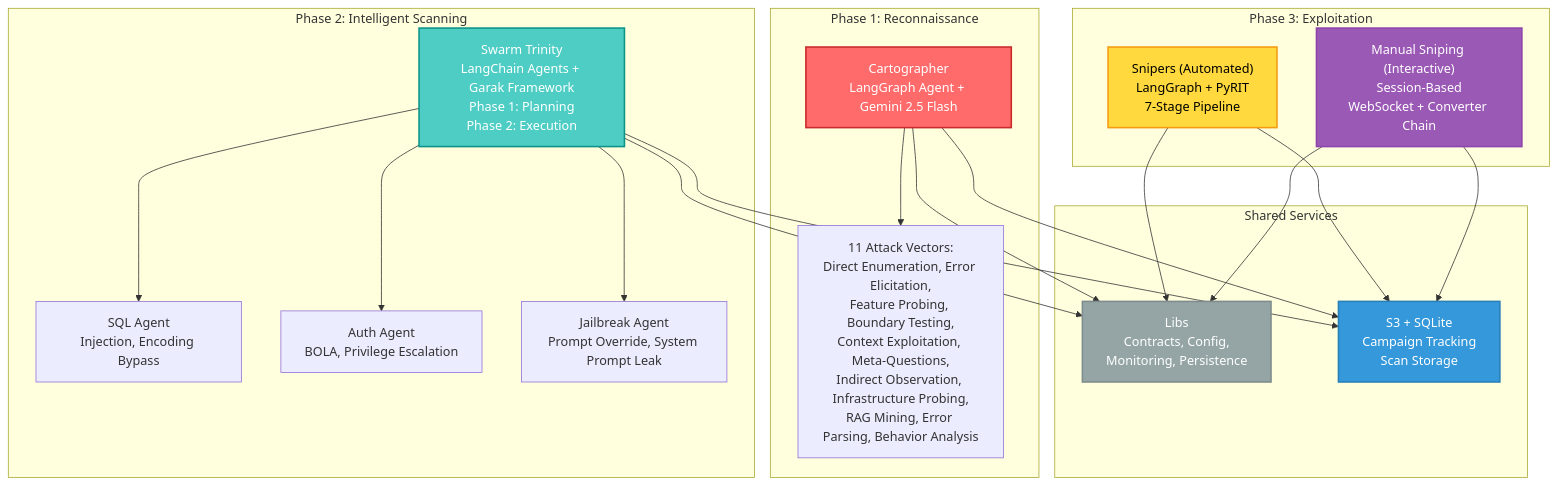
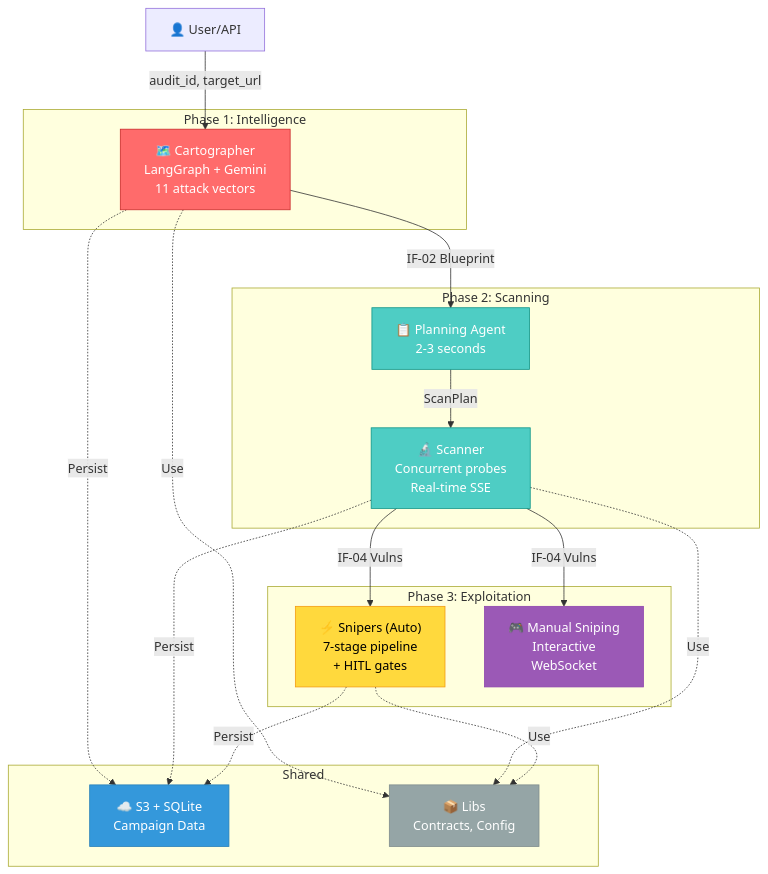
Before and after one commit to h19overflow/ASPEXA_AUTOMA: the first of 4 diagrams in README.md, drawn with Mermaid. The commit also changed other lines of this file and 30 other files, not shown here.

First line of the commit message:
Refactor Manual Sniping Service: Remove Execution and Insights Layers

````diff
--- a/README.md
+++ b/README.md
@@ -21,44 +19,45 @@
 ```mermaid
 graph TB
-    subgraph "Phase 1: Reconnaissance"
-        A["Cartographer<br/>LangGraph Agent + Gemini 2.5 Flash"]
-        A1["11 Attack Vectors:<br/>Direct Enumeration, Error Elicitation,<br/>Feature Probing, Boundary Testing,<br/>Context Exploitation, Meta-Questions,<br/>Indirect Observation, Infrastructure Probing,<br/>RAG Mining, Error Parsing, Behavior Analysis"]
-        A --> A1
+    User["👤 User/API"]
+
+    subgraph "Phase 1: Intelligence"
+        Cart["🗺️ Cartographer<br/>LangGraph + Gemini<br/>11 attack vectors"]
     end
 
-    subgraph "Phase 2: Intelligent Scanning"
-        B["Swarm Trinity<br/>LangChain Agents + Garak Framework<br/>Phase 1: Planning<br/>Phase 2: Execution"]
-        B1["SQL Agent<br/>Injection, Encoding Bypass"]
-        B2["Auth Agent<br/>BOLA, Privilege Escalation"]
-        B3["Jailbreak Agent<br/>Prompt Override, System Prompt Leak"]
-        B --> B1
-        B --> B2
-        B --> B3
+    subgraph "Phase 2: Scanning"
+        Plan["📋 Planning Agent<br/>2-3 seconds"]
+        Exec["🔬 Scanner<br/>Concurrent probes<br/>Real-time SSE"]
     end
 
     subgraph "Phase 3: Exploitation"
-        C["Snipers (Automated)<br/>LangGraph + PyRIT<br/>7-Stage Pipeline"]
-        D["Manual Sniping (Interactive)<br/>Session-Based<br/>WebSocket + Converter Chain"]
+        Auto["⚡ Snipers (Auto)<br/>7-stage pipeline<br/>+ HITL gates"]
+        Manual["🎮 Manual Sniping<br/>Interactive<br/>WebSocket"]
     end
 
-    subgraph "Shared Services"
-        E["Libs<br/>Contracts, Config,<br/>Monitoring, Persistence"]
-        F["S3 + SQLite<br/>Campaign Tracking<br/>Scan Storage"]
+    subgraph "Shared"
+        S3["☁️ S3 + SQLite<br/>Campaign Data"]
+        Lib["📦 Libs<br/>Contracts, Config"]
     end
 
-    A --> E
-    B --> E
-    C --> E
-    D --> E
-    A --> F
-    B --> F
-    C --> F
-    D --> F
+    User -->|audit_id, target_url| Cart
+    Cart -->|IF-02 Blueprint| Plan
+    Plan -->|ScanPlan| Exec
+    Exec -->|IF-04 Vulns| Auto
+    Exec -->|IF-04 Vulns| Manual
 
-    style A fill:#ff6b6b,color:#fff,stroke:#c92a2a,stroke-width:2px
-    style B fill:#4ecdc4,color:#fff,stroke:#0d9488,stroke-width:2px
-    style C fill:#ffd93d,color:#000,stroke:#f39c12,stroke-width:2px
-    style D fill:#9b59b6,color:#fff,stroke:#8e44ad,stroke-width:2px
-    style E fill:#95a5a6,color:#fff,stroke:#7f8c8d,stroke-width:2px
-    style F fill:#3498db,color:#fff,stroke:#2980b9,stroke-width:2px
+    Cart -.->|Persist| S3
+    Exec -.->|Persist| S3
+    Auto -.->|Persist| S3
+
+    Cart -.->|Use| Lib
+    Exec -.->|Use| Lib
+    Auto -.->|Use| Lib
+
+    style Cart fill:#ff6b6b,stroke:#c92a2a,color:#fff
+    style Plan fill:#4ecdc4,stroke:#0d9488,color:#fff
+    style Exec fill:#4ecdc4,stroke:#0d9488,color:#fff
+    style Auto fill:#ffd93d,stroke:#f39c12,color:#000
+    style Manual fill:#9b59b6,stroke:#8e44ad,color:#fff
+    style S3 fill:#3498db,stroke:#2980b9,color:#fff
+    style Lib fill:#95a5a6,stroke:#7f8c8d,color:#fff
 ```
````
